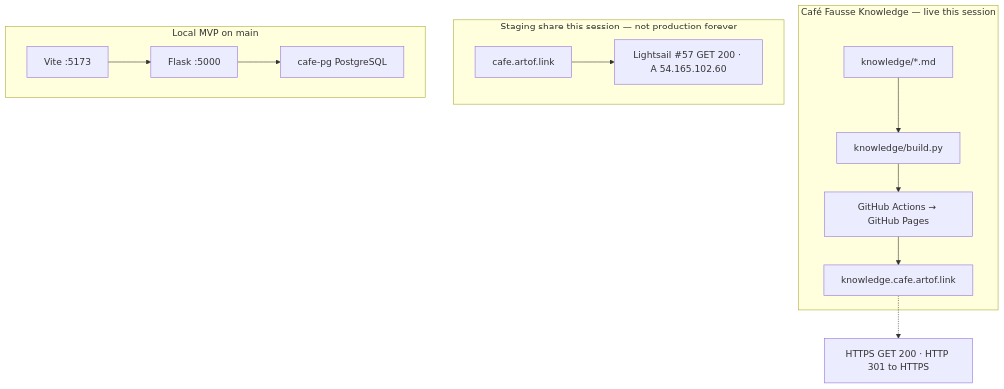
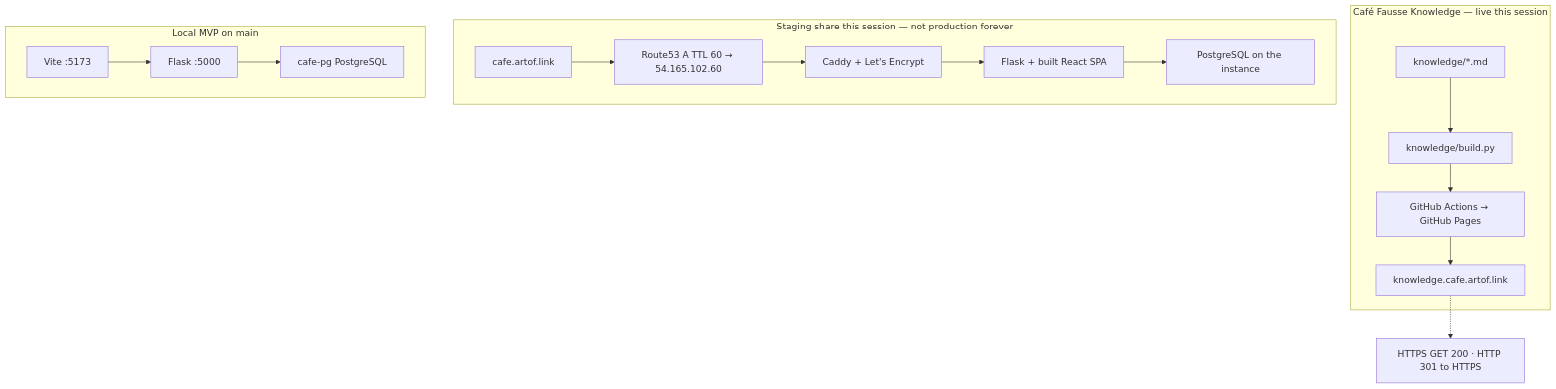
Before and after one commit to artofdream/aea-interactive-design: the first of 2 diagrams in knowledge/stack.md, drawn with Mermaid. The commit also changed other lines of this file and 13 other files, not shown here.

````diff
--- a/knowledge/stack.md
+++ b/knowledge/stack.md
@@ -32,16 +56,19 @@
 ```mermaid
 flowchart TB
   subgraph K["Café Fausse Knowledge — live this session"]
     MD["knowledge/*.md"] --> PY["knowledge/build.py"]
     PY --> GHA["GitHub Actions → GitHub Pages"]
     GHA --> KH["knowledge.cafe.artof.link"]
   end
   KH -.-> P["HTTPS GET 200 · HTTP 301 to HTTPS"]
   subgraph N["Staging share this session — not production forever"]
-    CAFE["cafe.artof.link"] --> LS["Lightsail #57 GET 200 · A 54.165.102.60"]
+    CAFE["cafe.artof.link"] --> R53["Route53 A TTL 60 → 54.165.102.60"]
+    R53 --> CADDY["Caddy + Let's Encrypt"]
+    CADDY --> APP["Flask + built React SPA"]
+    APP --> BOXPG["PostgreSQL on the instance"]
   end
   subgraph L["Local MVP on main"]
     VITE["Vite :5173"] --> FLASK["Flask :5000"]
     FLASK --> PG["cafe-pg PostgreSQL"]
   end
 ```
````
